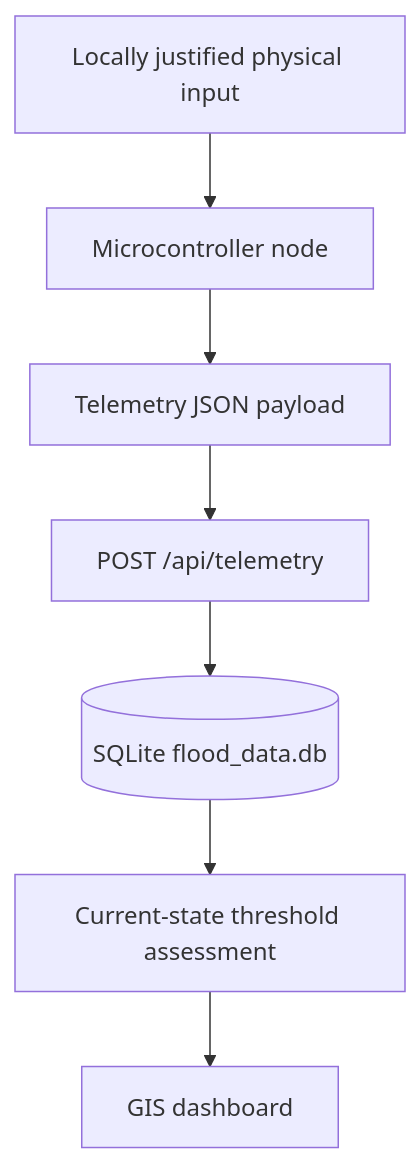
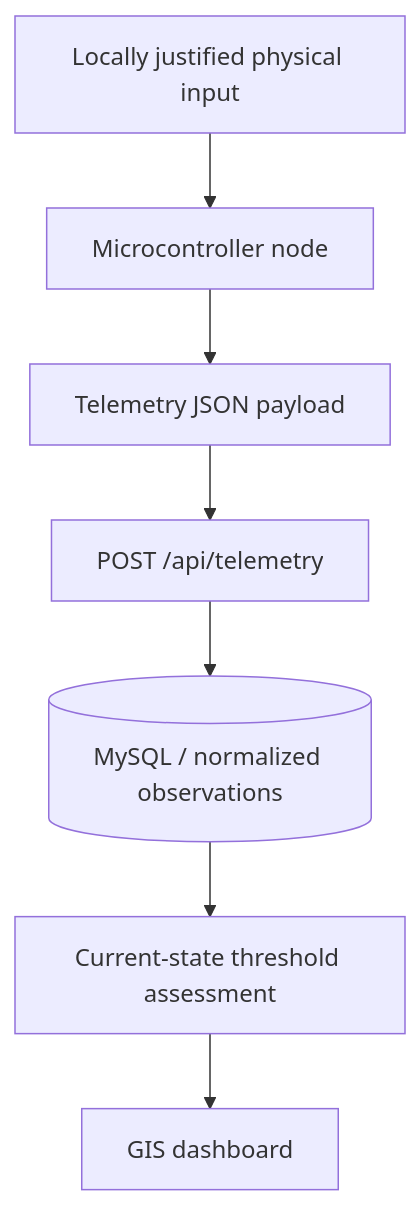
One commit to AjStyles20/flood-early-warning-system changed the diagram in files/docs/hardware_integration_guide.md. Above: the diagram before and after it, drawn with Mermaid. The commit also changed other lines of this file, not shown here.

Commit message:
docs: define physical regression gate after normalized promotion

````diff
--- a/files/docs/hardware_integration_guide.md
+++ b/files/docs/hardware_integration_guide.md
@@ -11,9 +11,9 @@
 ```mermaid
 flowchart TD
     Sensor[Locally justified physical input] --> Node[Microcontroller node]
     Node --> JSON[Telemetry JSON payload]
     JSON --> API[POST /api/telemetry]
-    API --> DB[(SQLite flood_data.db)]
+    API --> DB[(MySQL / normalized observations)]
     DB --> Risk[Current-state threshold assessment]
     Risk --> Dashboard[GIS dashboard]
 ```
````
